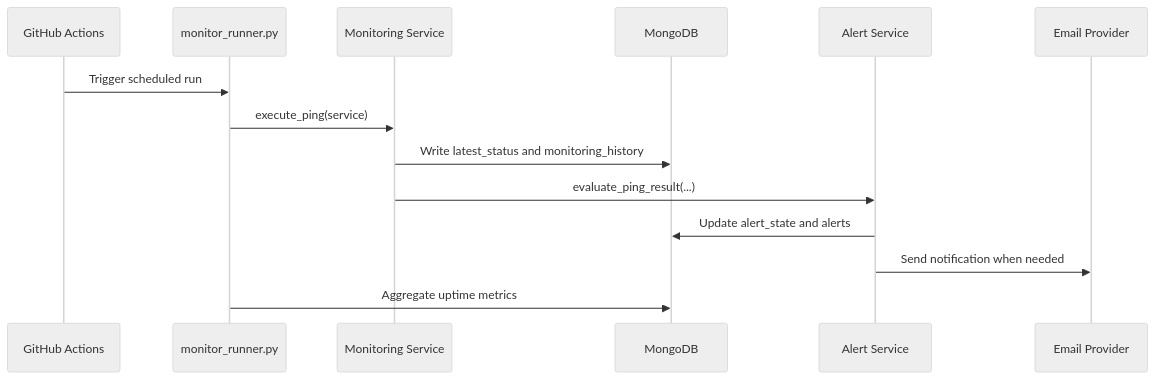
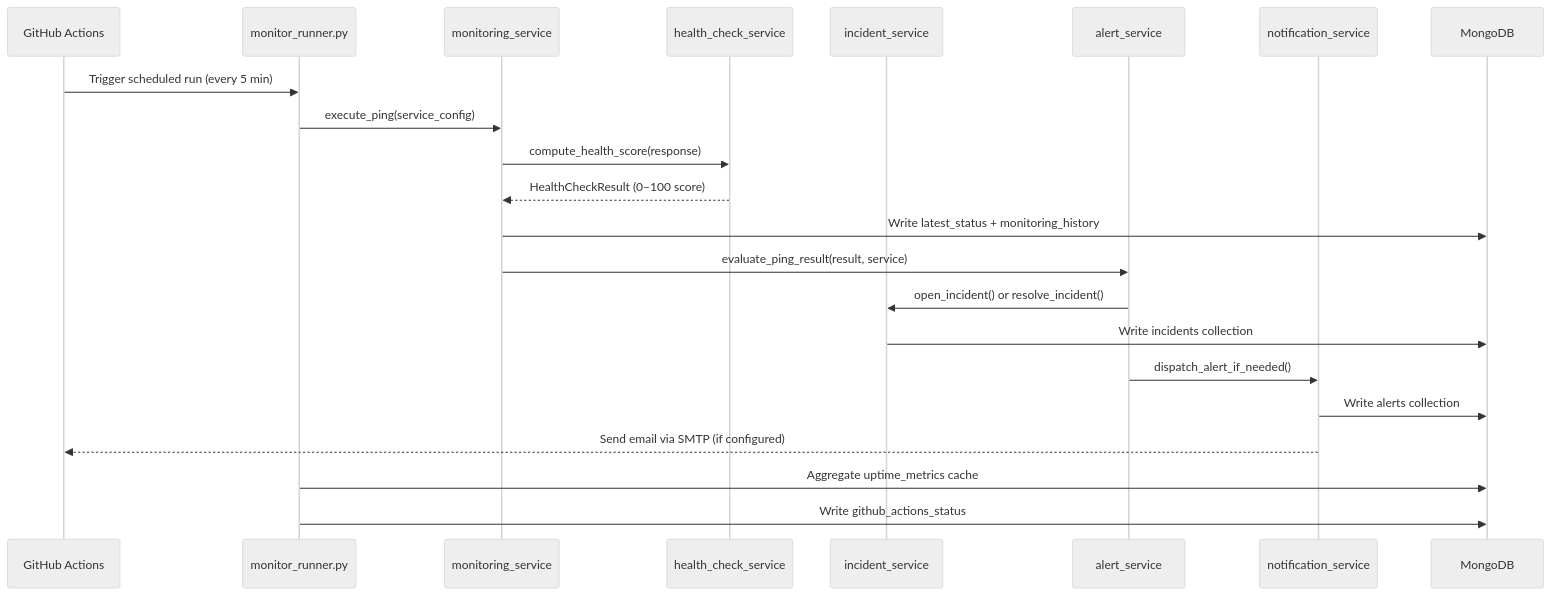
The second of 3 diagrams in README.md (UjjwalSaini07/Server-Guardian), drawn with Mermaid (neutral theme) before and after one commit. The commit also changed other lines of this file, not shown here.

````diff
--- a/README.md
+++ b/README.md
@@ -63,17 +139,25 @@
 ```mermaid
 sequenceDiagram
     participant GH as GitHub Actions
     participant MR as monitor_runner.py
-    participant MS as Monitoring Service
+    participant MS as monitoring_service
+    participant HC as health_check_service
+    participant IS as incident_service
+    participant AL as alert_service
+    participant NS as notification_service
     participant DB as MongoDB
-    participant AL as Alert Service
-    participant EM as Email Provider
 
-    GH->>MR: Trigger scheduled run
-    MR->>MS: execute_ping(service)
-    MS->>DB: Write latest_status and monitoring_history
-    MS->>AL: evaluate_ping_result(...)
-    AL->>DB: Update alert_state and alerts
-    AL->>EM: Send notification when needed
-    MR->>DB: Aggregate uptime metrics
+    GH->>MR: Trigger scheduled run (every 5 min)
+    MR->>MS: execute_ping(service_config)
+    MS->>HC: compute_health_score(response)
+    HC-->>MS: HealthCheckResult (0–100 score)
+    MS->>DB: Write latest_status + monitoring_history
+    MS->>AL: evaluate_ping_result(result, service)
+    AL->>IS: open_incident() or resolve_incident()
+    IS->>DB: Write incidents collection
+    AL->>NS: dispatch_alert_if_needed()
+    NS->>DB: Write alerts collection
+    NS-->>GH: Send email via SMTP (if configured)
+    MR->>DB: Aggregate uptime_metrics cache
+    MR->>DB: Write github_actions_status
 ```
````
